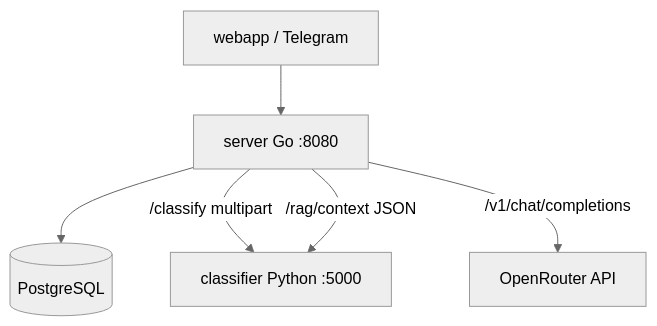
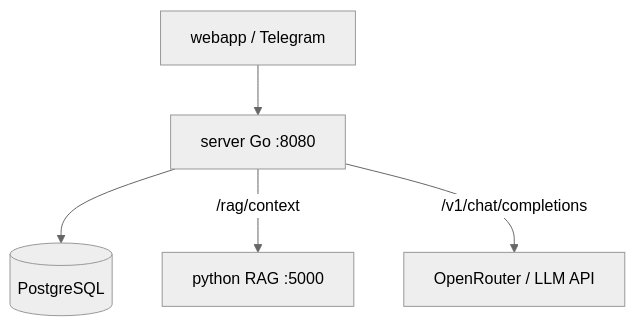
Before and after one commit to kantik001/grounded-llm: the diagram in docs/knowledge-base/server-overview.md, drawn with Mermaid (neutral theme). The commit also changed other lines of this file and 31 other files, not shown here.

````diff
--- a/docs/knowledge-base/server-overview.md
+++ b/docs/knowledge-base/server-overview.md
@@ -67,14 +44,13 @@
 ```mermaid
 flowchart TB
     Web[webapp / Telegram]
     Go[server Go :8080]
     PG[(PostgreSQL)]
-    Py[classifier Python :5000]
-    LLM[OpenRouter API]
+    Py[python RAG :5000]
+    LLM[OpenRouter / LLM API]
 
     Web --> Go
     Go --> PG
-    Go -->|/classify multipart| Py
-    Go -->|/rag/context JSON| Py
+    Go -->|/rag/context| Py
     Go -->|/v1/chat/completions| LLM
 ```
````
